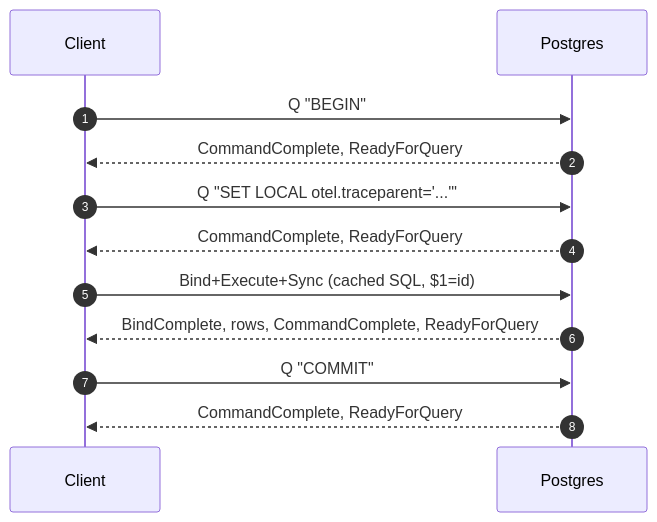
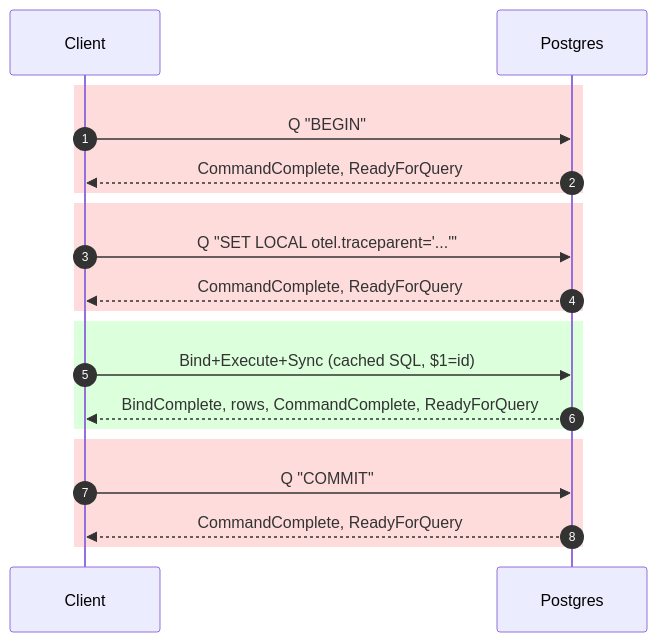
Before and after one commit to ringerc/postgres_otel_tracing_bench: the first of 6 diagrams in README.md, drawn with Mermaid. The commit also changed other lines of this file, not shown here.

First line of the commit message:
README: colour-code overhead vs baseline in sequence diagrams; fix libpq claim

````diff
--- a/README.md
+++ b/README.md
@@ -133,14 +135,22 @@
 ```mermaid
 sequenceDiagram
     autonumber
     participant C as Client
     participant S as Postgres
+    rect rgb(255,220,220)
     C->>S: Q "BEGIN"
     S-->>C: CommandComplete, ReadyForQuery
+    end
+    rect rgb(255,220,220)
     C->>S: Q "SET LOCAL otel.traceparent='...'"
     S-->>C: CommandComplete, ReadyForQuery
+    end
+    rect rgb(220,255,220)
     C->>S: Bind+Execute+Sync (cached SQL, $1=id)
     S-->>C: BindComplete, rows, CommandComplete, ReadyForQuery
+    end
+    rect rgb(255,220,220)
     C->>S: Q "COMMIT"
     S-->>C: CommandComplete, ReadyForQuery
+    end
 ```
````
